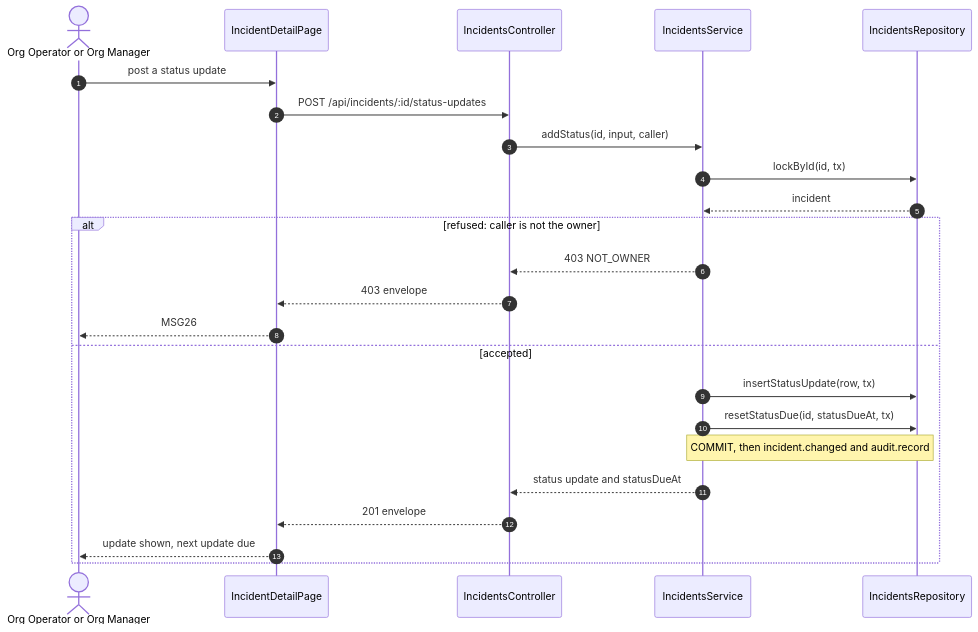
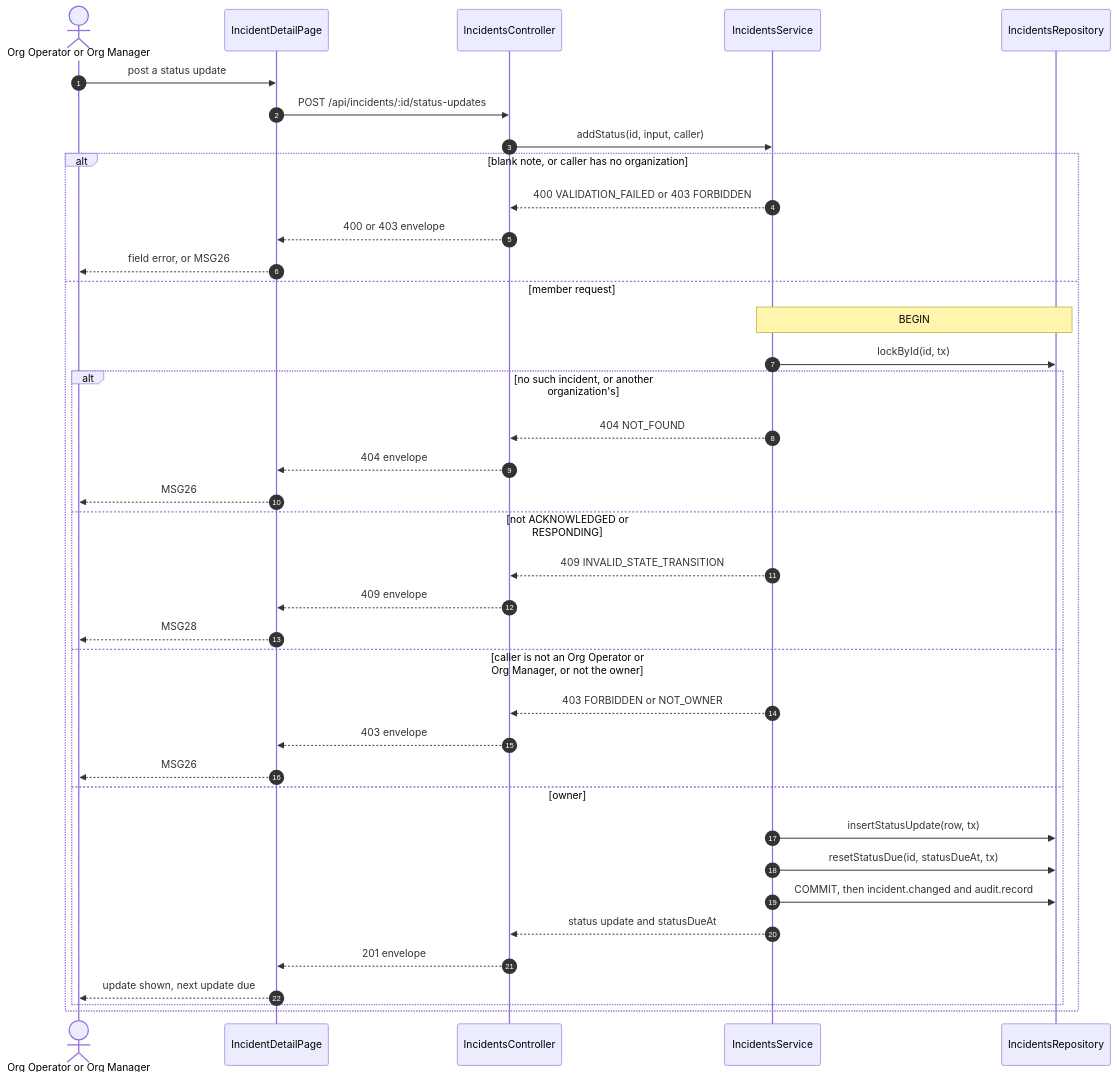
One commit to TrekLink-Team/treklink-web changed the second of 2 diagrams in specs/incidents/api-design/05-post-incidents-id-status-updates.md. Above: the diagram before and after it, drawn with Mermaid. The commit also changed 8 other files, not shown here.

First line of the commit message:
docs: draw every failure branch in the incidents sequences

````diff
--- a/specs/incidents/api-design/05-post-incidents-id-status-updates.md
+++ b/specs/incidents/api-design/05-post-incidents-id-status-updates.md
@@ -201,26 +201,40 @@
 ```mermaid
 sequenceDiagram
     autonumber
     actor U as Org Operator or Org Manager
     participant P as IncidentDetailPage
     participant Ctl as IncidentsController
     participant Svc as IncidentsService
     participant R as IncidentsRepository
     U->>P: post a status update
     P->>Ctl: POST /api/incidents/:id/status-updates
     Ctl->>Svc: addStatus(id, input, caller)
-    Svc->>R: lockById(id, tx)
-    R-->>Svc: incident
-    alt refused: caller is not the owner
-        Svc-->>Ctl: 403 NOT_OWNER
-        Ctl-->>P: 403 envelope
-        P-->>U: MSG26
-    else accepted
-        Svc->>R: insertStatusUpdate(row, tx)
-        Svc->>R: resetStatusDue(id, statusDueAt, tx)
-        Note over Svc,R: COMMIT, then incident.changed and audit.record
-        Svc-->>Ctl: status update and statusDueAt
-        Ctl-->>P: 201 envelope
-        P-->>U: update shown, next update due
+    alt blank note, or caller has no organization
+        Svc-->>Ctl: 400 VALIDATION_FAILED or 403 FORBIDDEN
+        Ctl-->>P: 400 or 403 envelope
+        P-->>U: field error, or MSG26
+    else member request
+        Note over Svc,R: BEGIN
+        Svc->>R: lockById(id, tx)
+        alt no such incident, or another organization's
+            Svc-->>Ctl: 404 NOT_FOUND
+            Ctl-->>P: 404 envelope
+            P-->>U: MSG26
+        else not ACKNOWLEDGED or RESPONDING
+            Svc-->>Ctl: 409 INVALID_STATE_TRANSITION
+            Ctl-->>P: 409 envelope
+            P-->>U: MSG28
+        else caller is not an Org Operator or Org Manager, or not the owner
+            Svc-->>Ctl: 403 FORBIDDEN or NOT_OWNER
+            Ctl-->>P: 403 envelope
+            P-->>U: MSG26
+        else owner
+            Svc->>R: insertStatusUpdate(row, tx)
+            Svc->>R: resetStatusDue(id, statusDueAt, tx)
+            Svc->>R: COMMIT, then incident.changed and audit.record
+            Svc-->>Ctl: status update and statusDueAt
+            Ctl-->>P: 201 envelope
+            P-->>U: update shown, next update due
+        end
     end
 ```
````
